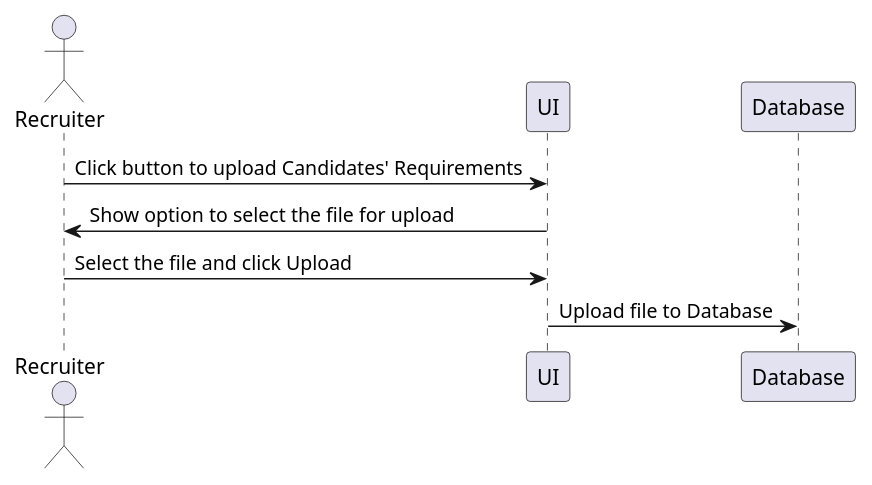
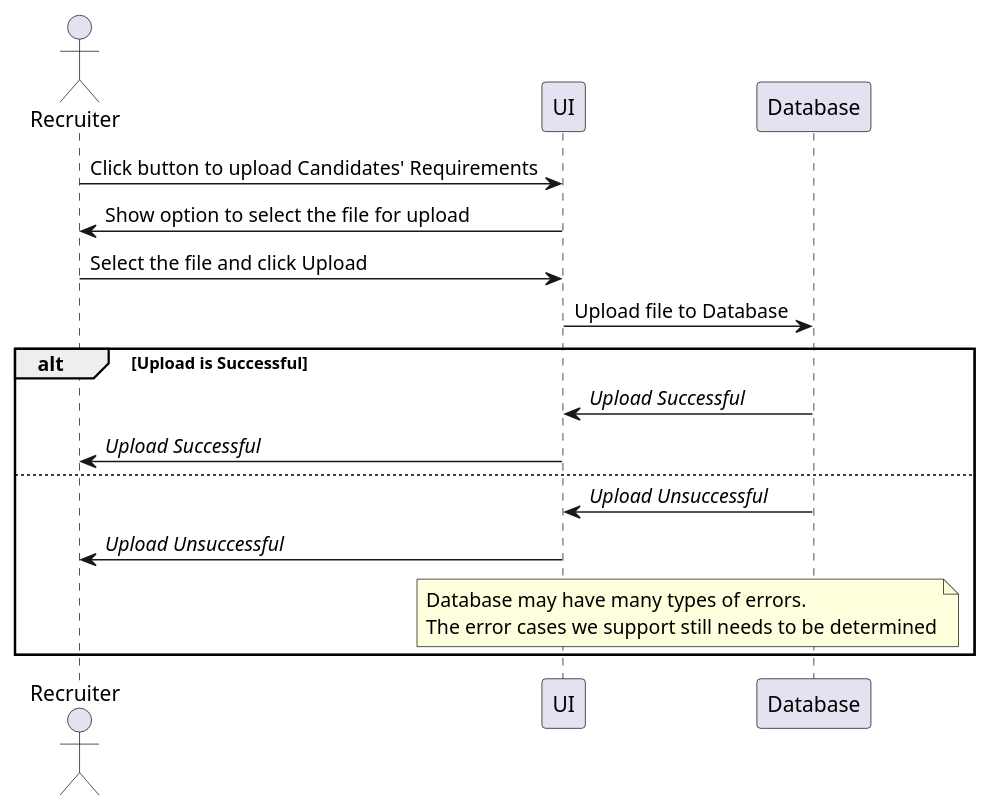
One commit to jpgacrama/recruitment-platform changed the diagram in UseCases/StoreCandidateRequirements.rst. Above: the diagram before and after it, drawn with PlantUML. The commit also changed 1 other file, not shown here.

Commit message:
Modified UML diagram to show possible error case when uploading

```diff
--- a/UseCases/StoreCandidateRequirements.rst
+++ b/UseCases/StoreCandidateRequirements.rst
@@ -21,15 +21,28 @@
 .. uml::
 
     @startuml
 
         actor "Recruiter" as Recruiter
         participant "UI" as UI
         participant "Database" as Database
 
         Recruiter  -> UI: Click button to upload Candidates' Requirements
         UI -> Recruiter: Show option to select the file for upload
         Recruiter -> UI: Select the file and click Upload
 
         UI -> Database: Upload file to Database
+        
+        alt Upload is Successful
+            Database -> UI: //Upload Successful//
+            UI -> Recruiter: //Upload Successful//
+        else
+            Database -> UI: //Upload Unsuccessful//
+            UI -> Recruiter: //Upload Unsuccessful//
+
+            note over Database, UI
+                Database may have many types of errors. 
+                The error cases we support still needs to be determined
+            end note
+        end
 
     @enduml
```
